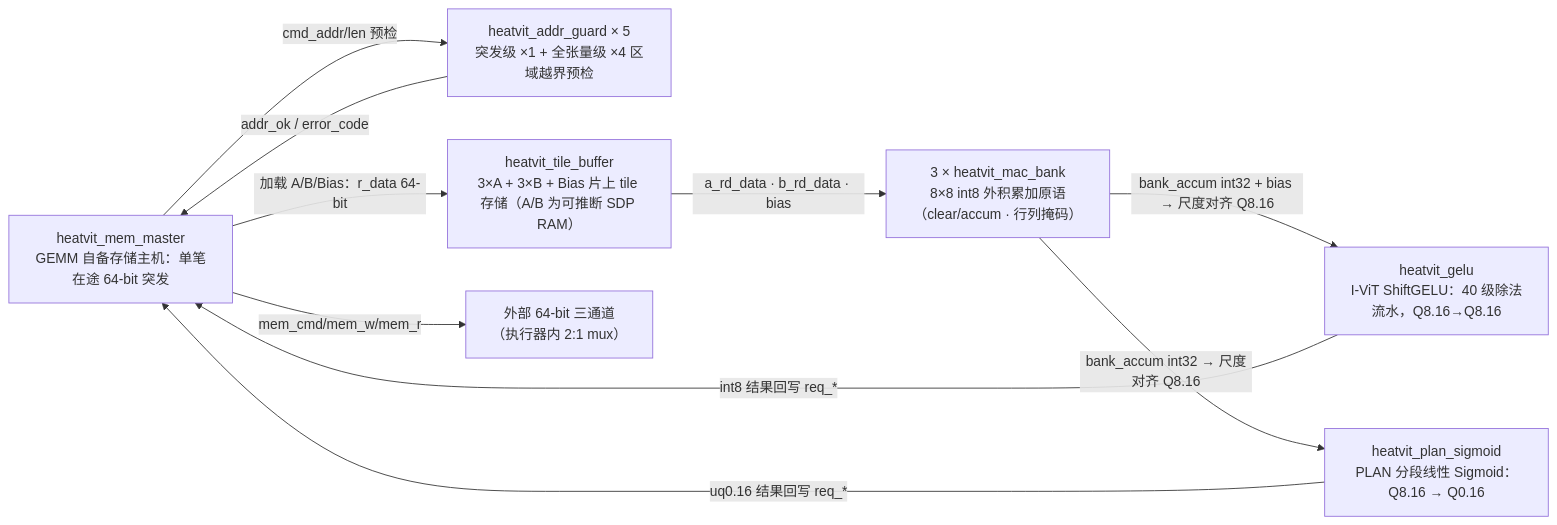
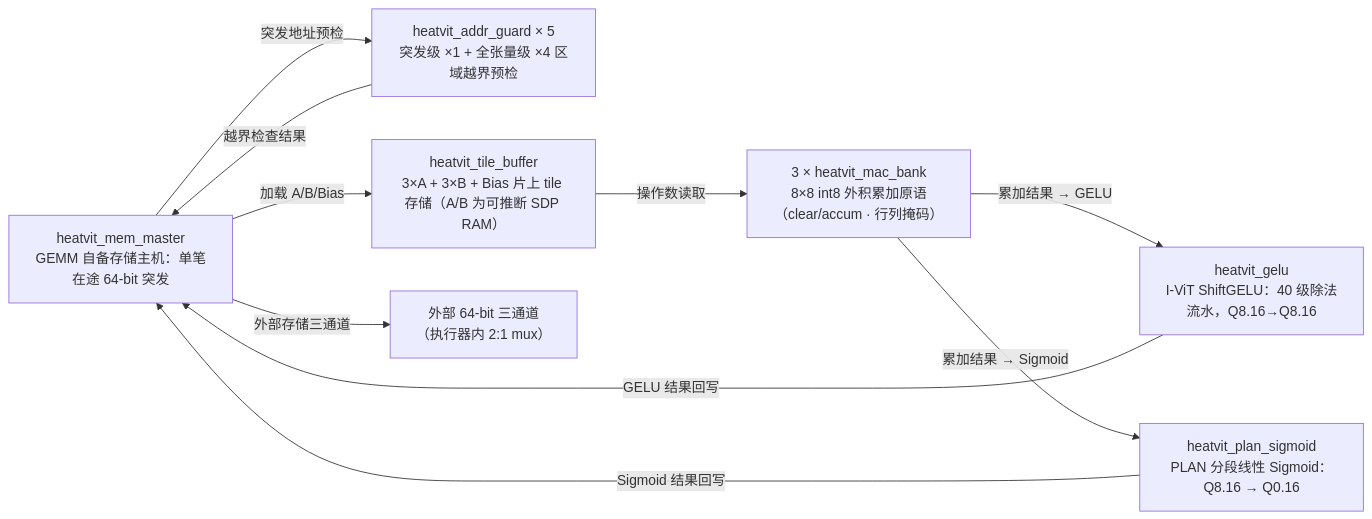
One commit to YOUXINYANG/HeatViT changed the diagram in docs/diagrams/heatvit_framework_03_gemm.mmd. Above: the diagram before and after it, drawn with Mermaid. The commit also changed 7 other files, not shown here.

Commit message:
docs: simplify framework diagram edge labels (01 top, 02 executor, 03 gemm, 04 selector)

```diff
--- a/docs/diagrams/heatvit_framework_03_gemm.mmd
+++ b/docs/diagrams/heatvit_framework_03_gemm.mmd
@@ -1,19 +1,19 @@
 %% HeatViT RTL 框架图 · 图 3/4：统一 GEMM 引擎内部
 flowchart LR
   MMG["heatvit_mem_master<br/>GEMM 自备存储主机：单笔在途 64-bit 突发"]
   GUARD5["heatvit_addr_guard × 5<br/>突发级 ×1 + 全张量级 ×4 区域越界预检"]
   TILE["heatvit_tile_buffer<br/>3×A + 3×B + Bias 片上 tile 存储（A/B 为可推断 SDP RAM）"]
   MAC["3 × heatvit_mac_bank<br/>8×8 int8 外积累加原语（clear/accum · 行列掩码）"]
   GELU["heatvit_gelu<br/>I-ViT ShiftGELU：40 级除法流水，Q8.16→Q8.16"]
   PLAN["heatvit_plan_sigmoid<br/>PLAN 分段线性 Sigmoid：Q8.16 → Q0.16"]
   EXT["外部 64-bit 三通道<br/>（执行器内 2:1 mux）"]
 
-  MMG -->|mem_cmd/mem_w/mem_r| EXT
-  MMG -->|cmd_addr/len 预检| GUARD5
-  GUARD5 -->|addr_ok / error_code| MMG
-  MMG -->|加载 A/B/Bias：r_data 64-bit| TILE
-  TILE -->|a_rd_data · b_rd_data · bias| MAC
-  MAC -->|bank_accum int32 + bias → 尺度对齐 Q8.16| GELU
-  MAC -->|bank_accum int32 → 尺度对齐 Q8.16| PLAN
-  GELU -->|int8 结果回写 req_*| MMG
-  PLAN -->|uq0.16 结果回写 req_*| MMG
+  MMG -->|外部存储三通道| EXT
+  MMG -->|突发地址预检| GUARD5
+  GUARD5 -->|越界检查结果| MMG
+  MMG -->|加载 A/B/Bias| TILE
+  TILE -->|操作数读取| MAC
+  MAC -->|累加结果 → GELU| GELU
+  MAC -->|累加结果 → Sigmoid| PLAN
+  GELU -->|GELU 结果回写| MMG
+  PLAN -->|Sigmoid 结果回写| MMG
```
